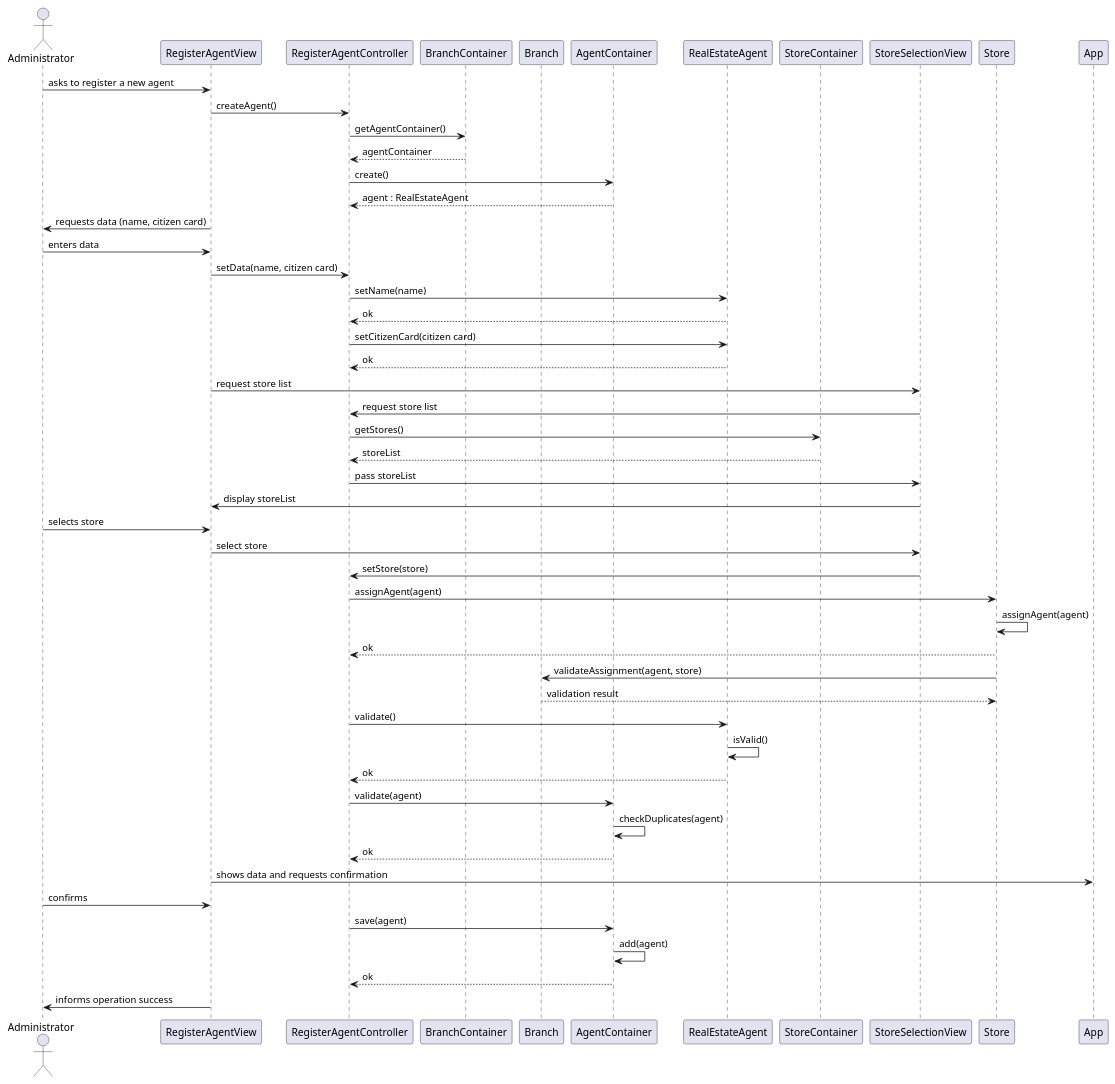
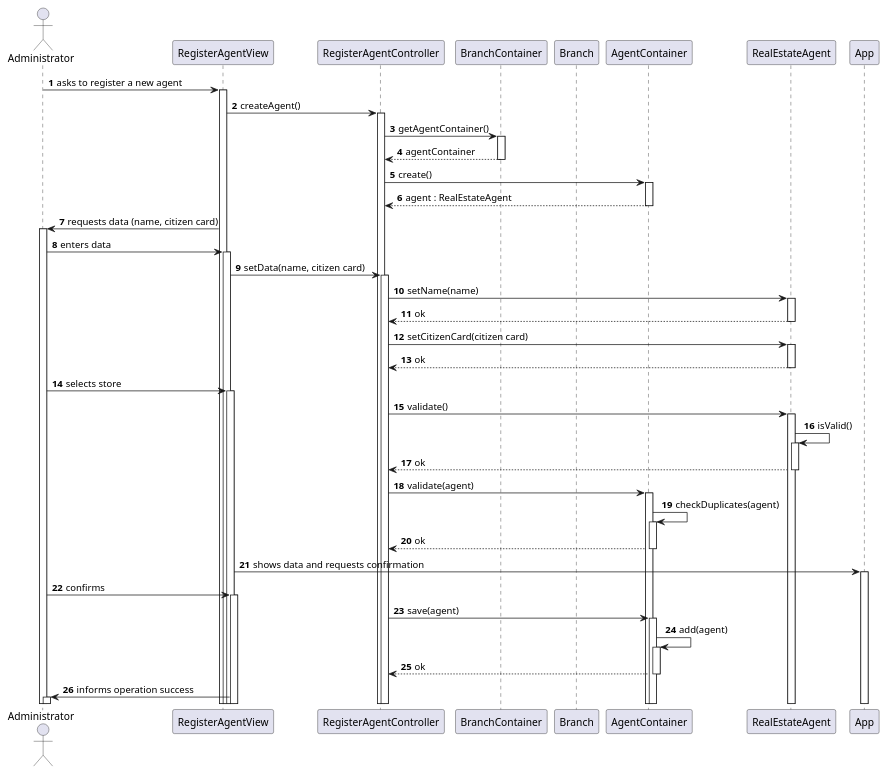
The diagram in docs/Sprint2/US11/US11-SD.puml (goncalomaia18/leti-esoft-24-25-A2), drawn with PlantUML before and after one commit. The commit also changed 8 other files, not shown here.

```diff
--- a/docs/Sprint2/US11/US11-SD.puml
+++ b/docs/Sprint2/US11/US11-SD.puml
@@ -1,66 +1,55 @@
 @startuml
 hide circle
 skinparam classAttributeIconSize 0
+autoactivate on
+autonumber
 
 actor Administrator
 
 participant RegisterAgentView
 participant RegisterAgentController
 participant BranchContainer
 participant Branch
 participant AgentContainer
 participant RealEstateAgent
-participant StoreContainer
-participant StoreSelectionView
-participant Store
+
 
 Administrator -> RegisterAgentView : asks to register a new agent
 RegisterAgentView -> RegisterAgentController : createAgent()
 
 RegisterAgentController -> BranchContainer : getAgentContainer()
 BranchContainer --> RegisterAgentController : agentContainer
 
 RegisterAgentController -> AgentContainer : create()
 AgentContainer --> RegisterAgentController : agent : RealEstateAgent
 
 RegisterAgentView -> Administrator : requests data (name, citizen card)
 Administrator -> RegisterAgentView : enters data
 
 RegisterAgentView -> RegisterAgentController : setData(name, citizen card)
 RegisterAgentController -> RealEstateAgent : setName(name)
 RealEstateAgent --> RegisterAgentController : ok
 RegisterAgentController -> RealEstateAgent : setCitizenCard(citizen card)
 RealEstateAgent --> RegisterAgentController : ok
 
-RegisterAgentView -> StoreSelectionView : request store list
-StoreSelectionView -> RegisterAgentController : request store list
-RegisterAgentController -> StoreContainer : getStores()
-StoreContainer --> RegisterAgentController : storeList
-RegisterAgentController -> StoreSelectionView : pass storeList
-StoreSelectionView -> RegisterAgentView : display storeList
+
 
 Administrator -> RegisterAgentView : selects store
-RegisterAgentView -> StoreSelectionView : select store
-StoreSelectionView -> RegisterAgentController : setStore(store)
-RegisterAgentController -> Store : assignAgent(agent)
-Store -> Store : assignAgent(agent)
-Store --> RegisterAgentController : ok
-Store -> Branch : validateAssignment(agent, store)
-Branch --> Store : validation result
+
 RegisterAgentController -> RealEstateAgent : validate()
 RealEstateAgent -> RealEstateAgent : isValid()
 RealEstateAgent --> RegisterAgentController : ok
 
 RegisterAgentController -> AgentContainer : validate(agent)
 AgentContainer -> AgentContainer : checkDuplicates(agent)
 AgentContainer --> RegisterAgentController : ok
 
 RegisterAgentView -> App : shows data and requests confirmation
 Administrator -> RegisterAgentView : confirms
 
 RegisterAgentController -> AgentContainer : save(agent)
 AgentContainer -> AgentContainer : add(agent)
 AgentContainer --> RegisterAgentController : ok
 
 RegisterAgentView -> Administrator : informs operation success
 @enduml
```
